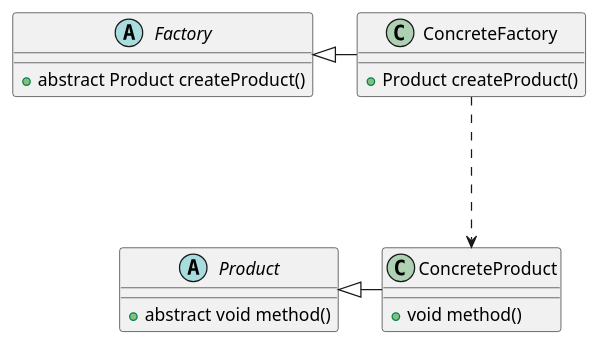
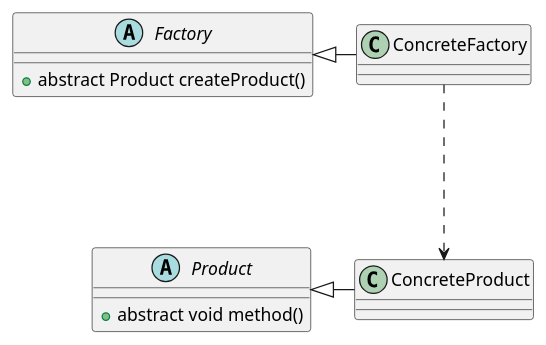
One commit to 13046434521/DesignPattern changed the diagram in src/factory/method/methodFactory.puml. Above: the diagram before and after it, drawn with PlantUML. The commit also changed 23 other files, not shown here.

```diff
--- a/src/factory/method/methodFactory.puml
+++ b/src/factory/method/methodFactory.puml
@@ -1,24 +1,22 @@
 @startuml
 'https://plantuml.com/class-diagram
 
 
 
 Factory <|-ConcreteFactory
 Product <|-ConcreteProduct
 
 ConcreteFactory ...>ConcreteProduct
 
 abstract class Factory {
 + abstract Product createProduct()
 }
 class ConcreteFactory {
-+Product createProduct()
 }
 abstract class Product {
 + abstract void method()
 }
 class ConcreteProduct {
-+ void method()
 }
 
 @enduml
```
